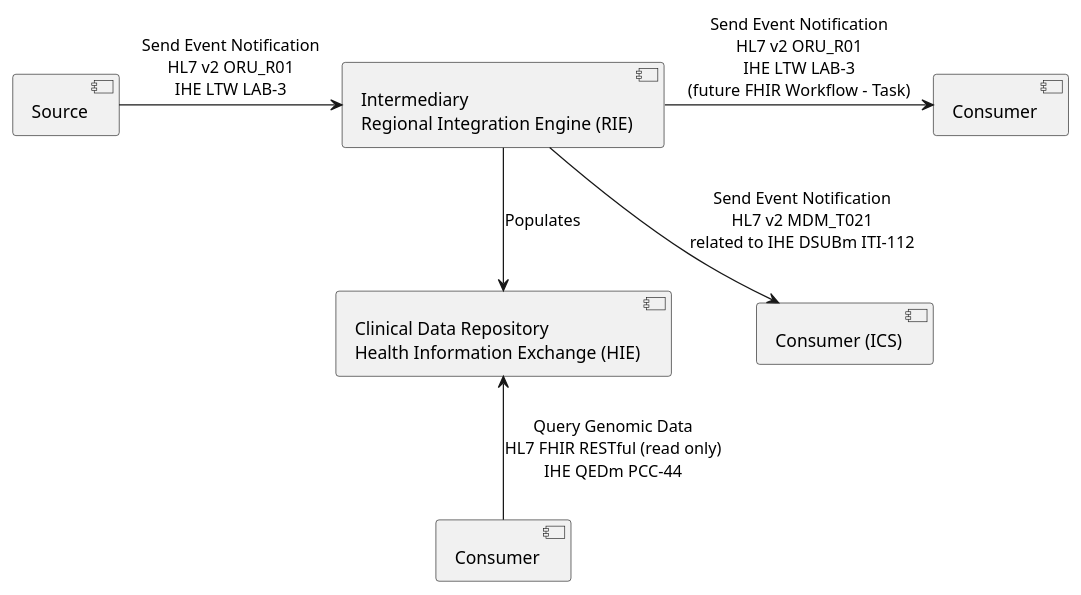
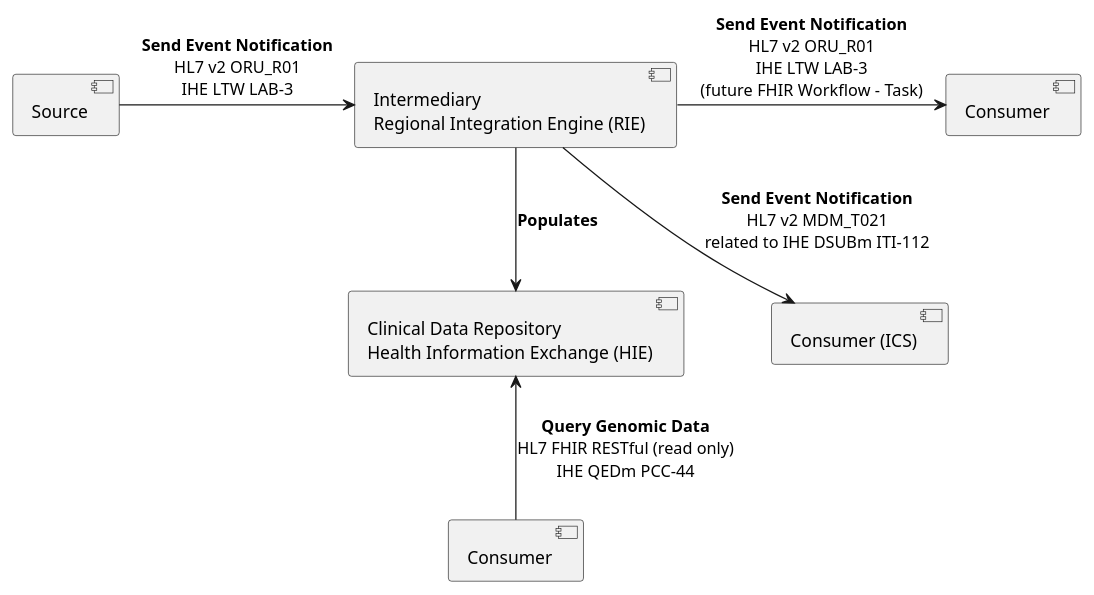
Before and after one commit to uk-gov-mirror/nw-gmsa.nw-gmsa.github.com: the diagram in input/images-source/architecture-laboratory-report.plantuml, drawn with PlantUML. The commit also changed 1 other file, not shown here.

```diff
--- a/input/images-source/architecture-laboratory-report.plantuml
+++ b/input/images-source/architecture-laboratory-report.plantuml
@@ -1,17 +1,17 @@
 @startuml
 
  component "Source" as LIMS
  component "Consumer" as EPR
  component "Consumer" as HIE
  component "Consumer (ICS)" as ICS
  component "Intermediary\nRegional Integration Engine (RIE)" as TIE
  component "Clinical Data Repository\nHealth Information Exchange (HIE)" as CDR
 
  EPR -d[hidden]- ICS
- LIMS -r-> TIE : Send Event Notification\nHL7 v2 ORU_R01\nIHE LTW LAB-3
- TIE -r-> EPR: Send Event Notification\nHL7 v2 ORU_R01\nIHE LTW LAB-3\n(future FHIR Workflow - Task)
- TIE -r-> ICS: Send Event Notification\nHL7 v2 MDM_T021\nrelated to IHE DSUBm ITI-112
- TIE -d-> CDR: Populates
- HIE -u-> CDR: Query Genomic Data\nHL7 FHIR RESTful (read only)\nIHE QEDm PCC-44
+ LIMS -r-> TIE : **Send Event Notification**\nHL7 v2 ORU_R01\nIHE LTW LAB-3
+ TIE -r-> EPR: **Send Event Notification**\nHL7 v2 ORU_R01\nIHE LTW LAB-3\n(future FHIR Workflow - Task)
+ TIE -r-> ICS: **Send Event Notification**\nHL7 v2 MDM_T021\nrelated to IHE DSUBm ITI-112
+ TIE -d-> CDR: **Populates**
+ HIE -u-> CDR: **Query Genomic Data**\nHL7 FHIR RESTful (read only)\nIHE QEDm PCC-44
 
 @enduml
```
